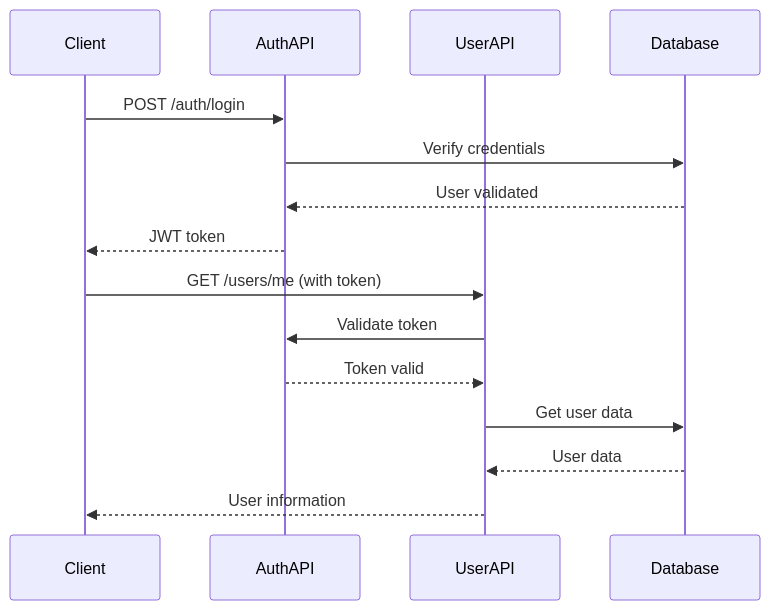
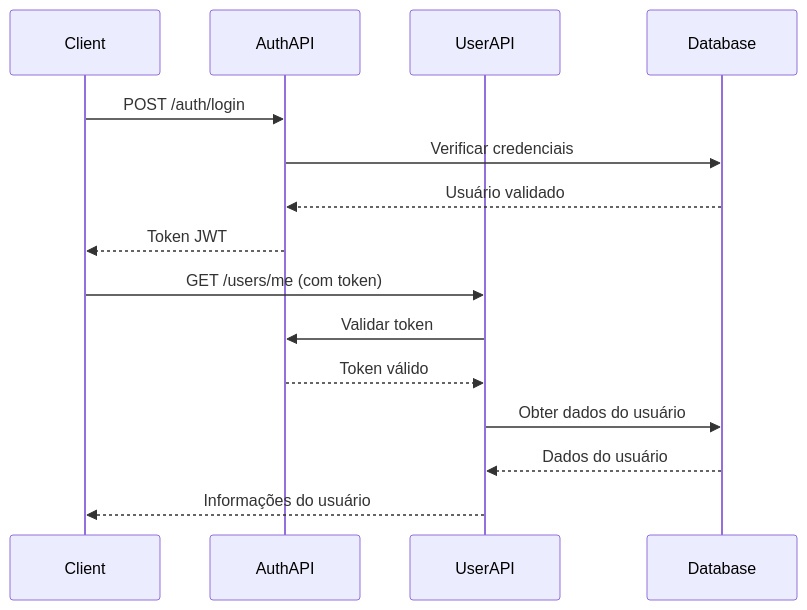
The diagram in api/README.md (Gabomfim/crud-itt), drawn with Mermaid before and after one commit. The commit also changed other lines of this file and 4 other files, not shown here.

````diff
--- a/api/README.md
+++ b/api/README.md
@@ -71,19 +71,19 @@
 ```mermaid
 sequenceDiagram
     participant Client
     participant AuthAPI
     participant UserAPI
     participant Database
 
     Client->>AuthAPI: POST /auth/login
-    AuthAPI->>Database: Verify credentials
-    Database-->>AuthAPI: User validated
-    AuthAPI-->>Client: JWT token
+    AuthAPI->>Database: Verificar credenciais
+    Database-->>AuthAPI: Usuário validado
+    AuthAPI-->>Client: Token JWT
 
-    Client->>UserAPI: GET /users/me (with token)
-    UserAPI->>AuthAPI: Validate token
-    AuthAPI-->>UserAPI: Token valid
-    UserAPI->>Database: Get user data
-    Database-->>UserAPI: User data
-    UserAPI-->>Client: User information
+    Client->>UserAPI: GET /users/me (com token)
+    UserAPI->>AuthAPI: Validar token
+    AuthAPI-->>UserAPI: Token válido
+    UserAPI->>Database: Obter dados do usuário
+    Database-->>UserAPI: Dados do usuário
+    UserAPI-->>Client: Informações do usuário
 ```
````
